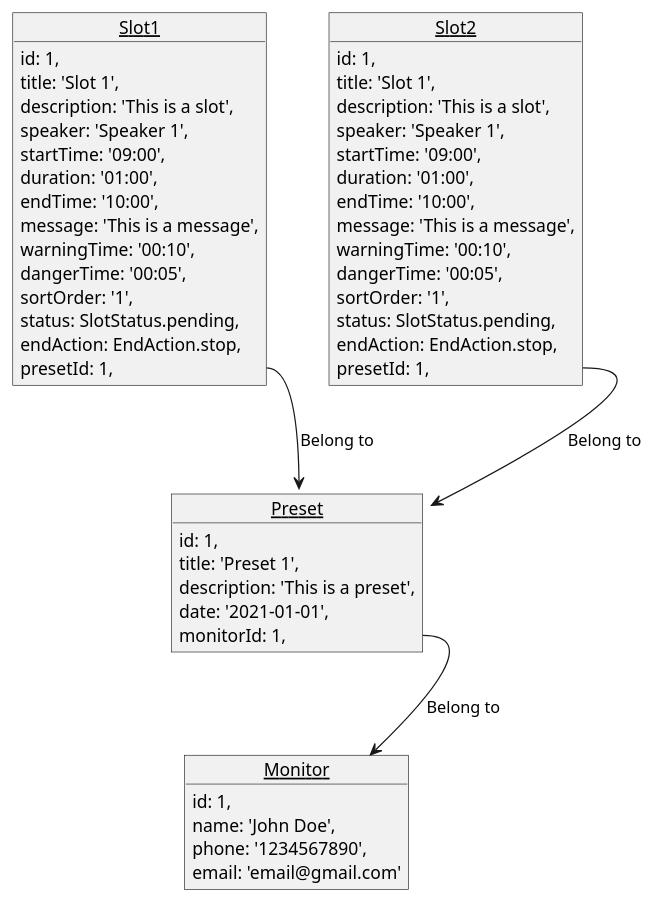
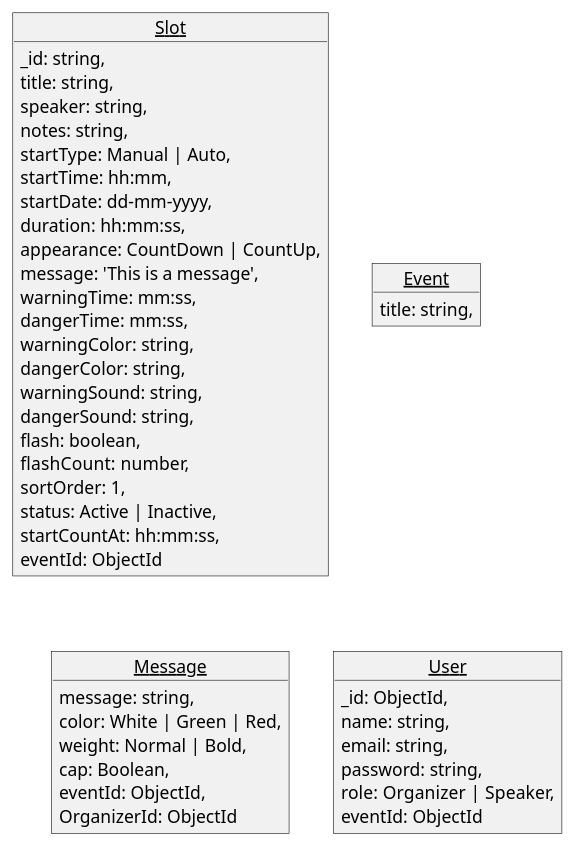
The diagram in uml/uml.puml (saipepu/pitchtrack-server), drawn with PlantUML before and after one commit. The commit also changed 4 other files, not shown here.

Commit message:
socket connection & uml diagram

```diff
--- a/uml/uml.puml
+++ b/uml/uml.puml
@@ -1,60 +1,53 @@
 @startuml Pitchtrack
 
 skinparam style strictuml
 skinparam DefaultFontName Arial
 
-object Preset {
-  id: 1,
-  title: 'Preset 1',
-  description: 'This is a preset',
-  date: '2021-01-01',
-  monitorId: 1,
+object Slot {
+  _id: string,
+  title: string,
+  speaker: string,
+  notes: string,
+  startType: Manual | Auto,
+  startTime: hh:mm,
+  startDate: dd-mm-yyyy,
+  duration: hh:mm:ss,
+  appearance: CountDown | CountUp,
+  message: 'This is a message',
+  warningTime: mm:ss,
+  dangerTime: mm:ss,
+  warningColor: string,
+  dangerColor: string,
+  warningSound: string,
+  dangerSound: string,
+  flash: boolean,
+  flashCount: number,
+  sortOrder: 1,
+  status: Active | Inactive,
+  startCountAt: hh:mm:ss,
+  eventId: ObjectId
 }
 
-object Monitor {
-  id: 1,
-  name: 'John Doe',
-  phone: '1234567890',
-  email: 'email@gmail.com'
+object Event {
+  title: string,
 }
 
-object Slot1 {
-  id: 1,
-  title: 'Slot 1',
-  description: 'This is a slot',
-  speaker: 'Speaker 1',
-  startTime: '09:00',
-  duration: '01:00',
-  endTime: '10:00',
-  message: 'This is a message',
-  warningTime: '00:10',
-  dangerTime: '00:05',
-  sortOrder: '1',
-  status: SlotStatus.pending,
-  endAction: EndAction.stop,
-  presetId: 1,
+object Message {
+  message: string,
+  color: White | Green | Red,
+  weight: Normal | Bold,
+  cap: Boolean,
+  eventId: ObjectId,
+  OrganizerId: ObjectId
 }
 
-object Slot2 {
-  id: 1,
-  title: 'Slot 1',
-  description: 'This is a slot',
-  speaker: 'Speaker 1',
-  startTime: '09:00',
-  duration: '01:00',
-  endTime: '10:00',
-  message: 'This is a message',
-  warningTime: '00:10',
-  dangerTime: '00:05',
-  sortOrder: '1',
-  status: SlotStatus.pending,
-  endAction: EndAction.stop,
-  presetId: 1,
+object User {
+  _id: ObjectId,
+  name: string,
+  email: string,
+  password: string,
+  role: Organizer | Speaker,
+  eventId: ObjectId
 }
 
-
-Preset::monitor --> Monitor : Belong to
-Slot1::presetId --> Preset : Belong to
-Slot2::presetId --> Preset : Belong to
-
 @enduml
```
